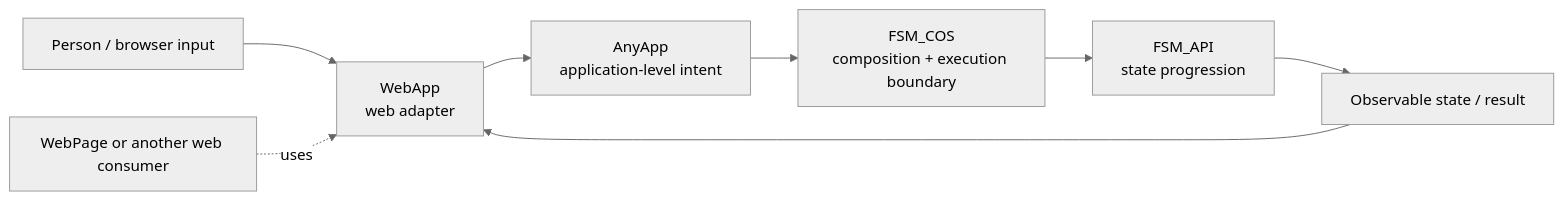
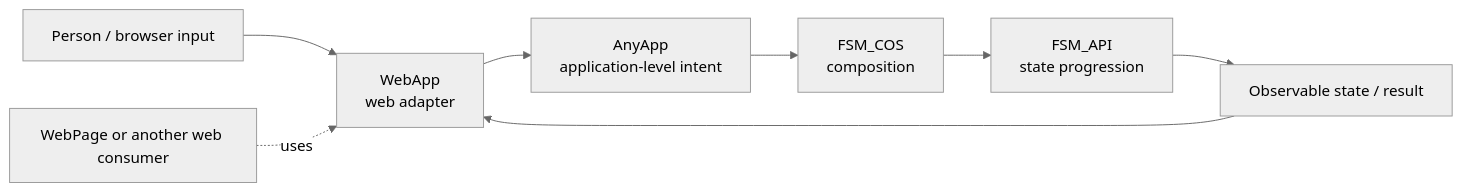
The diagram in docs/ARCHITECTURE.md (TrentBest/TheSingularityWorkshop.WebApp), drawn with Mermaid (neutral theme) before and after one commit. The commit also changed other lines of this file, not shown here.

Commit message:
Correct FSM_COS composition and execution boundary

````diff
--- a/docs/ARCHITECTURE.md
+++ b/docs/ARCHITECTURE.md
@@ -15,10 +15,10 @@
 ```mermaid
 flowchart LR
   U[Person / browser input] --> W[WebApp<br/>web adapter]
   W --> A[AnyApp<br/>application-level intent]
-  A --> C[FSM_COS<br/>composition + execution boundary]
+  A --> C[FSM_COS<br/>composition]
   C --> F[FSM_API<br/>state progression]
   F --> R[Observable state / result]
   R --> W
   P[WebPage or another web consumer] -. uses .-> W
 ```
````
